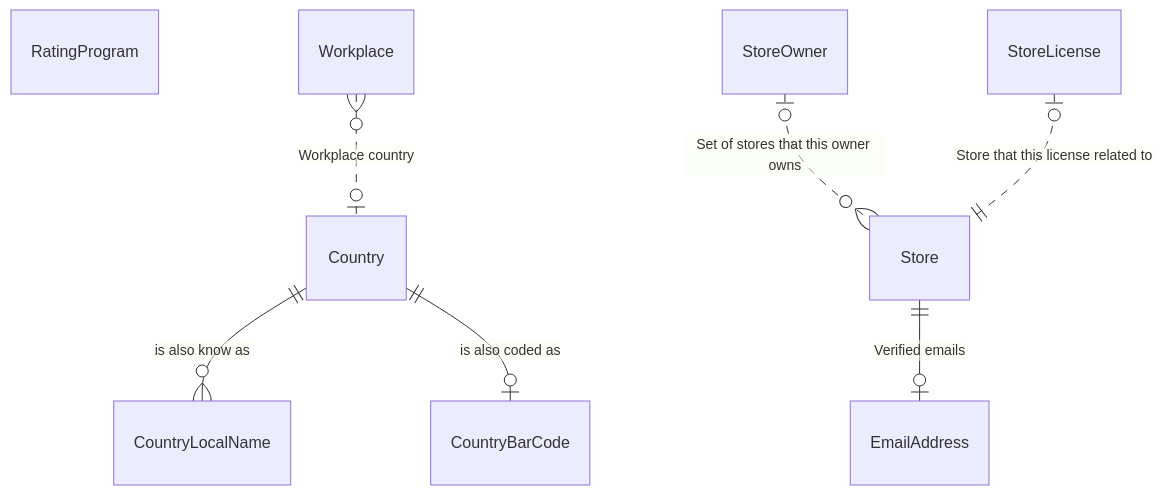
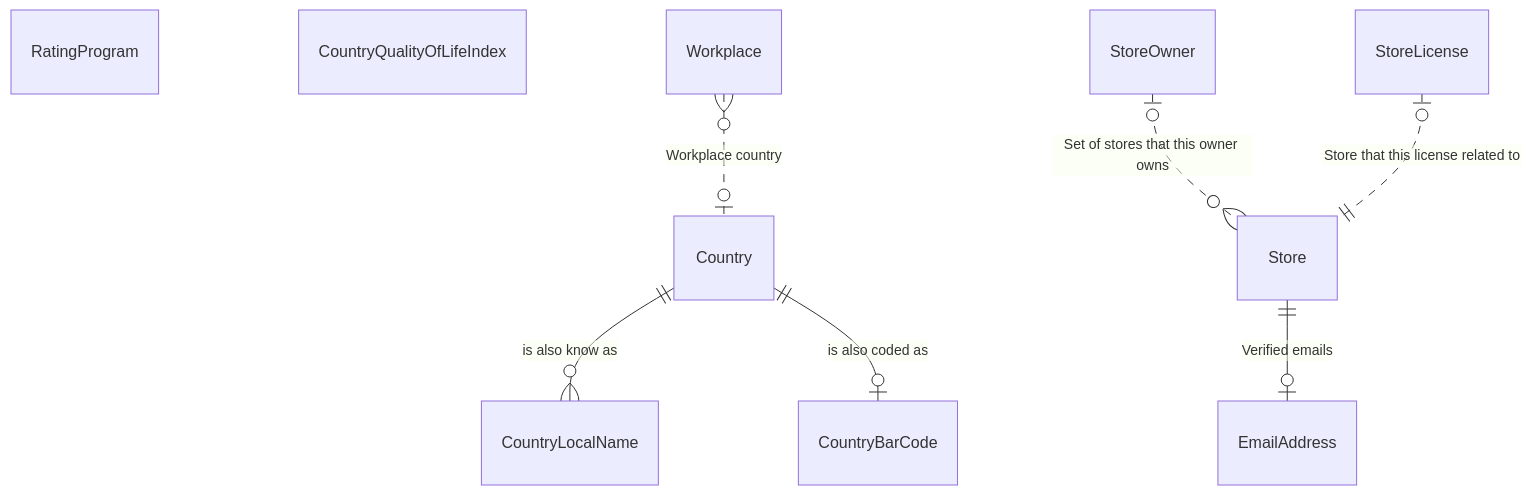
The diagram in src/Nox.ClientApi.Tests/.nox/docs/README.md (NoxOrg/Nox), drawn with Mermaid before and after one commit. The commit also changed other lines of this file and 12 other files, not shown here.

````diff
--- a/src/Nox.ClientApi.Tests/.nox/docs/README.md
+++ b/src/Nox.ClientApi.Tests/.nox/docs/README.md
@@ -11,28 +11,30 @@
 ``` mermaid
 erDiagram
     Country {
     }
     Country||--o{CountryLocalName : "is also know as"
     Country||--o|CountryBarCode : "is also coded as"
     CountryLocalName {
     }
     CountryBarCode {
     }
     RatingProgram {
+    }
+    CountryQualityOfLifeIndex {
     }
     Store {
     }
     Store||--o|EmailAddress : "Verified emails"
     Workplace {
     }
     Workplace}o..o|Country : "Workplace country"
     StoreOwner {
     }
     StoreOwner|o..o{Store : "Set of stores that this owner owns"
     StoreLicense {
     }
     StoreLicense|o..||Store : "Store that this license related to"
     EmailAddress {
     }
 
 ```
````
